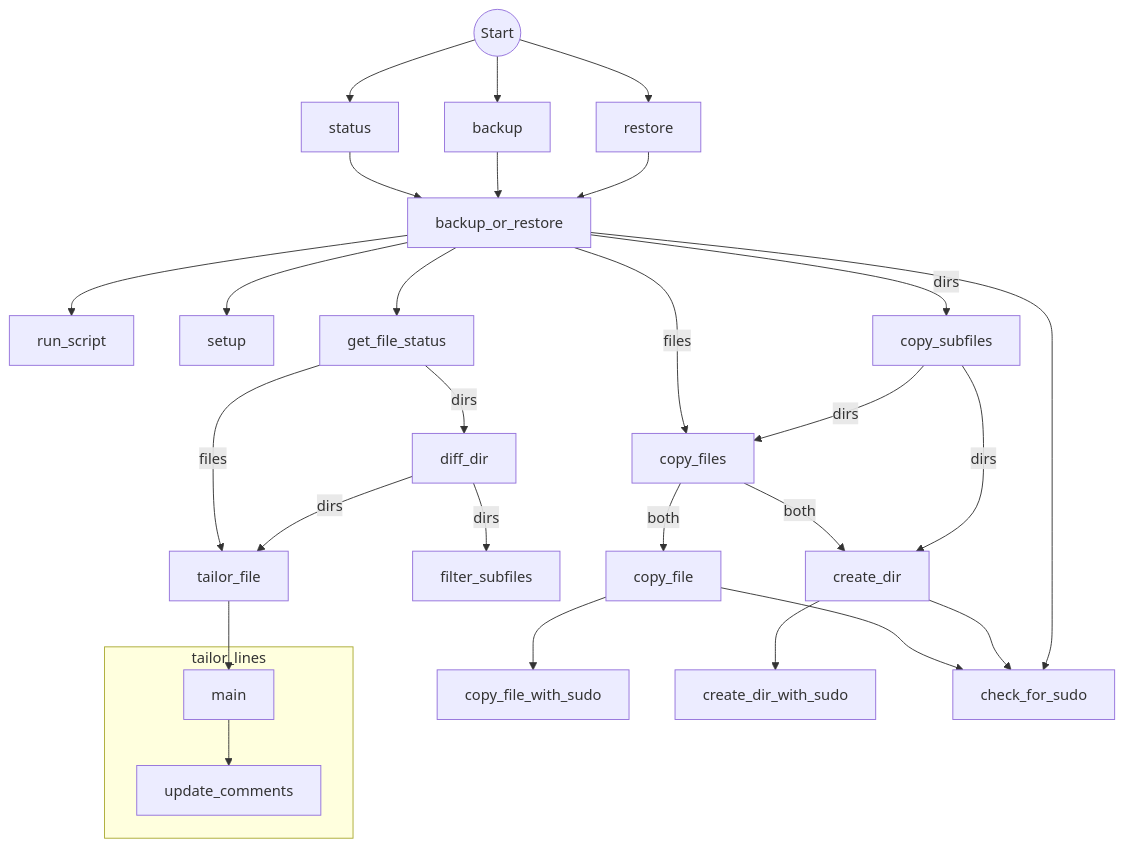
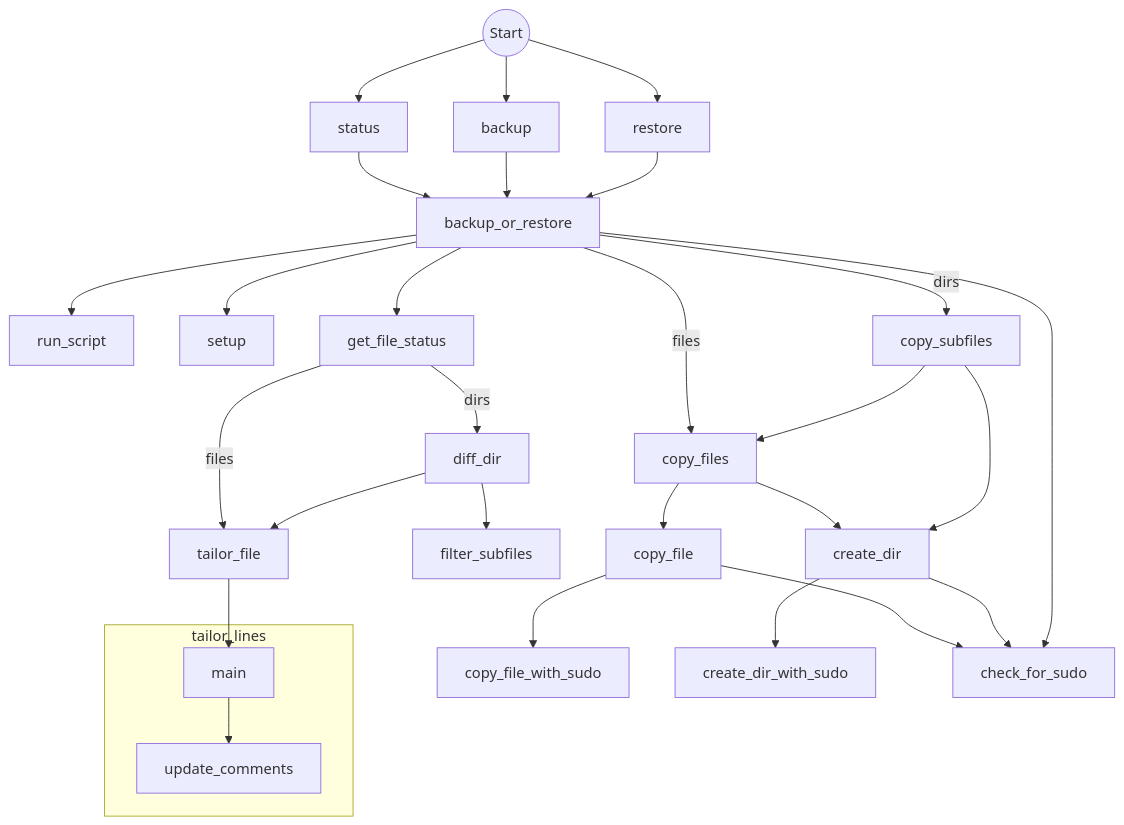
The diagram in docs/wiki/sync.md (k4j8/filetailor), drawn with Mermaid before and after one commit.

Commit message:
Clean up sync flowchart

````diff
--- a/docs/wiki/sync.md
+++ b/docs/wiki/sync.md
@@ -1,55 +1,55 @@
 ```mermaid
 graph
 linkStyle default interpolate basis
 
 subgraph tailor_lines
 main
 update_comments
 end
 
 %% Specify order of certain files to avoid overlapping arrows
 1((Start))
 tailor_file
 filter_subfiles
 copy_file
 
 1 --> status
 1 --> backup
 1 --> restore
 
 status --> backup_or_restore
 backup --> backup_or_restore
 restore --> backup_or_restore
 
 backup_or_restore --> run_script
 
 backup_or_restore --> setup
 
 backup_or_restore --> get_file_status
 
 get_file_status -- dirs --> diff_dir
 
-diff_dir -- dirs --> filter_subfiles
+diff_dir --> filter_subfiles
 
 get_file_status -- files --> tailor_file
-diff_dir -- dirs --> tailor_file
+diff_dir --> tailor_file
 
 backup_or_restore -- dirs --> copy_subfiles
 
 backup_or_restore -- files --> copy_files
-copy_subfiles -- dirs --> copy_files
+copy_subfiles --> copy_files
 
-copy_files -- both --> copy_file
+copy_files --> copy_file
 copy_file --> copy_file_with_sudo
 
-copy_files -- both --> create_dir
-copy_subfiles -- dirs --> create_dir
+copy_files --> create_dir
+copy_subfiles --> create_dir
 create_dir --> create_dir_with_sudo
 
 copy_file --> check_for_sudo
 create_dir --> check_for_sudo
 backup_or_restore --> check_for_sudo
 
 tailor_file --> main
 main --> update_comments
 ```
````
